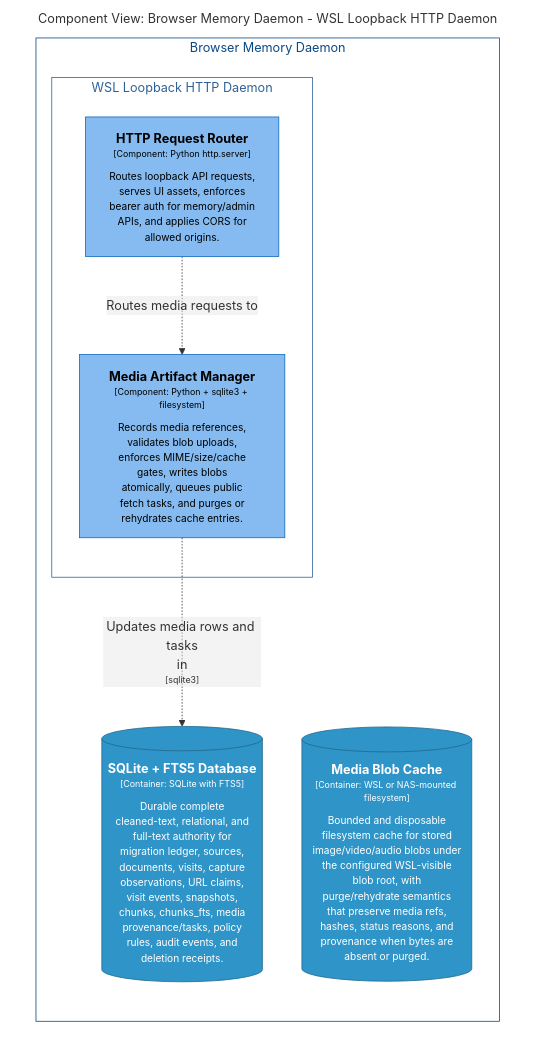
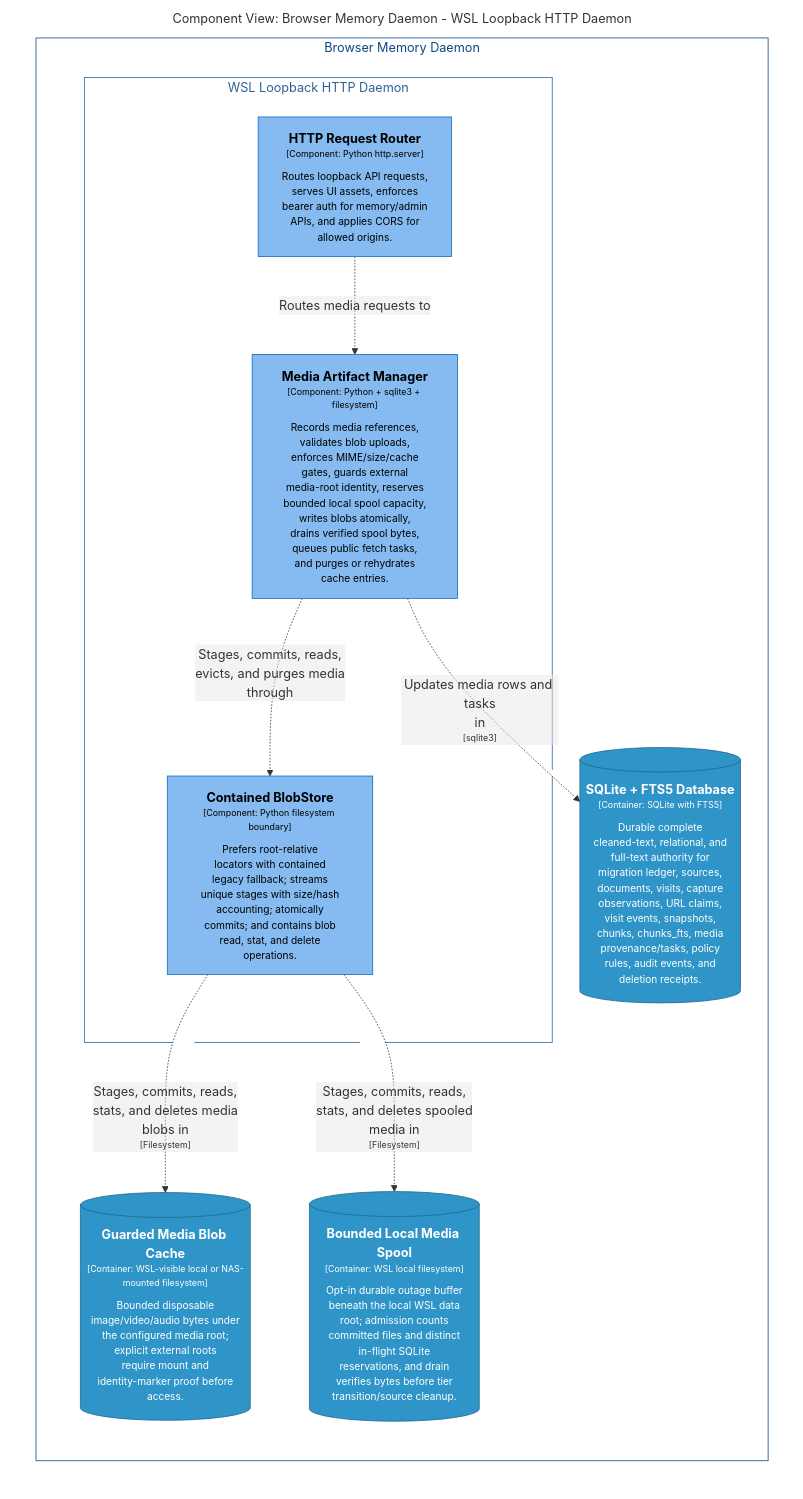
Before and after one commit to michaelnicks0/browser-memory-daemon: the diagram in docs/architecture/diagrams/markdown/DaemonMediaComponents.md, drawn with Mermaid. The commit also changed 184 other files, not shown here.

Commit message:
feat(storage): split media root and add bounded spool

````diff
--- a/docs/architecture/diagrams/markdown/DaemonMediaComponents.md
+++ b/docs/architecture/diagrams/markdown/DaemonMediaComponents.md
@@ -16,30 +16,37 @@
 ```mermaid
 graph LR
   linkStyle default fill:#ffffff
 
   subgraph diagram ["Component View: Browser Memory Daemon - WSL Loopback HTTP Daemon"]
     style diagram fill:#ffffff,stroke:#ffffff
 
     subgraph 4 ["Browser Memory Daemon"]
       style 4 fill:#ffffff,stroke:#0b4884,color:#0b4884
 
       subgraph 14 ["WSL Loopback HTTP Daemon"]
         style 14 fill:#ffffff,stroke:#2e6295,color:#2e6295
 
         15["<div style='font-weight: bold'>HTTP Request Router</div><div style='font-size: 70%; margin-top: 0px'>[Component: Python http.server]</div><div style='font-size: 80%; margin-top:10px'>Routes loopback API requests,<br />serves UI assets, enforces<br />bearer auth for memory/admin<br />APIs, and applies CORS for<br />allowed origins.</div>"]
         style 15 fill:#85bbf0,stroke:#1168bd,color:#000000
-        21["<div style='font-weight: bold'>Media Artifact Manager</div><div style='font-size: 70%; margin-top: 0px'>[Component: Python + sqlite3 + filesystem]</div><div style='font-size: 80%; margin-top:10px'>Records media references,<br />validates blob uploads,<br />enforces MIME/size/cache<br />gates, writes blobs<br />atomically, queues public<br />fetch tasks, and purges or<br />rehydrates cache entries.</div>"]
+        21["<div style='font-weight: bold'>Media Artifact Manager</div><div style='font-size: 70%; margin-top: 0px'>[Component: Python + sqlite3 + filesystem]</div><div style='font-size: 80%; margin-top:10px'>Records media references,<br />validates blob uploads,<br />enforces MIME/size/cache<br />gates, guards external<br />media-root identity, reserves<br />bounded local spool capacity,<br />writes blobs atomically,<br />drains verified spool bytes,<br />queues public fetch tasks,<br />and purges or rehydrates<br />cache entries.</div>"]
         style 21 fill:#85bbf0,stroke:#1168bd,color:#000000
+        22["<div style='font-weight: bold'>Contained BlobStore</div><div style='font-size: 70%; margin-top: 0px'>[Component: Python filesystem boundary]</div><div style='font-size: 80%; margin-top:10px'>Prefers root-relative<br />locators with contained<br />legacy fallback; streams<br />unique stages with size/hash<br />accounting; atomically<br />commits; and contains blob<br />read, stat, and delete<br />operations.</div>"]
+        style 22 fill:#85bbf0,stroke:#1168bd,color:#000000
       end
 
       29[("<div style='font-weight: bold'>SQLite + FTS5 Database</div><div style='font-size: 70%; margin-top: 0px'>[Container: SQLite with FTS5]</div><div style='font-size: 80%; margin-top:10px'>Durable complete<br />cleaned-text, relational, and<br />full-text authority for<br />migration ledger, sources,<br />documents, visits, capture<br />observations, URL claims,<br />visit events, snapshots,<br />chunks, chunks_fts, media<br />provenance/tasks, policy<br />rules, audit events, and<br />deletion receipts.</div>")]
       style 29 fill:#2f95c8,stroke:#20688c,color:#ffffff
-      31[("<div style='font-weight: bold'>Media Blob Cache</div><div style='font-size: 70%; margin-top: 0px'>[Container: WSL or NAS-mounted filesystem]</div><div style='font-size: 80%; margin-top:10px'>Bounded and disposable<br />filesystem cache for stored<br />image/video/audio blobs under<br />the configured WSL-visible<br />blob root, with<br />purge/rehydrate semantics<br />that preserve media refs,<br />hashes, status reasons, and<br />provenance when bytes are<br />absent or purged.</div>")]
+      31[("<div style='font-weight: bold'>Guarded Media Blob Cache</div><div style='font-size: 70%; margin-top: 0px'>[Container: WSL-visible local or NAS-mounted filesystem]</div><div style='font-size: 80%; margin-top:10px'>Bounded disposable<br />image/video/audio bytes under<br />the configured media root;<br />explicit external roots<br />require mount and<br />identity-marker proof before<br />access.</div>")]
       style 31 fill:#2f95c8,stroke:#20688c,color:#ffffff
+      32[("<div style='font-weight: bold'>Bounded Local Media Spool</div><div style='font-size: 70%; margin-top: 0px'>[Container: WSL local filesystem]</div><div style='font-size: 80%; margin-top:10px'>Opt-in durable outage buffer<br />beneath the local WSL data<br />root; admission counts<br />committed files and distinct<br />in-flight SQLite<br />reservations, and drain<br />verifies bytes before tier<br />transition/source cleanup.</div>")]
+      style 32 fill:#2f95c8,stroke:#20688c,color:#ffffff
     end
 
     15-. "<div>Routes media requests to</div><div style='font-size: 70%'></div>" .->21
     21-. "<div>Updates media rows and tasks<br />in</div><div style='font-size: 70%'>[sqlite3]</div>" .->29
+    21-. "<div>Stages, commits, reads,<br />evicts, and purges media<br />through</div><div style='font-size: 70%'></div>" .->22
+    22-. "<div>Stages, commits, reads,<br />stats, and deletes media<br />blobs in</div><div style='font-size: 70%'>[Filesystem]</div>" .->31
+    22-. "<div>Stages, commits, reads,<br />stats, and deletes spooled<br />media in</div><div style='font-size: 70%'>[Filesystem]</div>" .->32
 
   end
 ```
````
